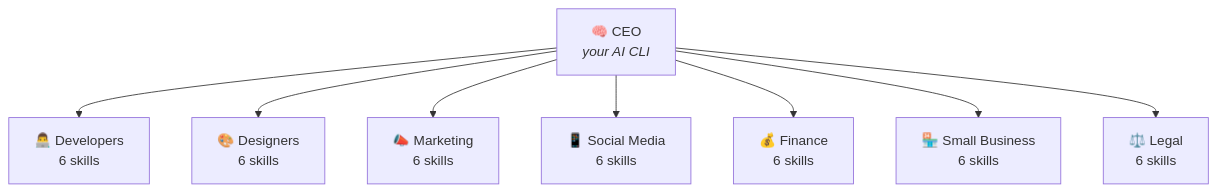
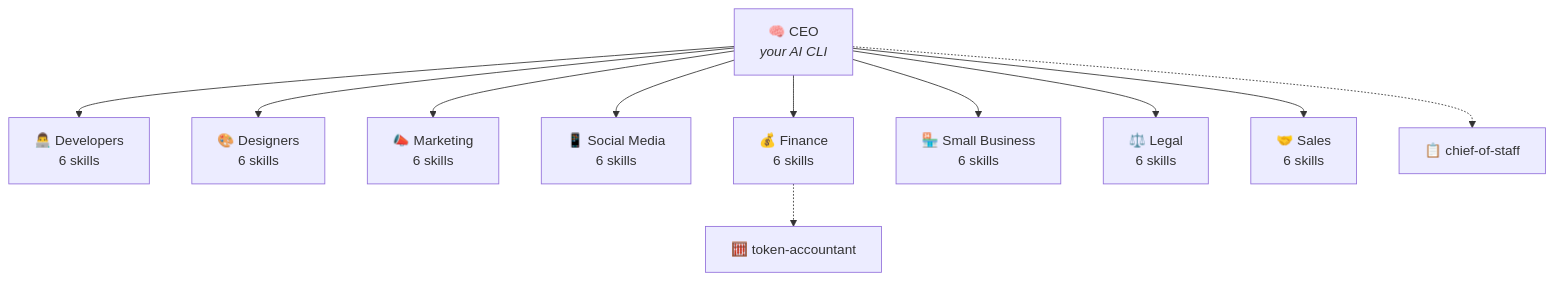
The diagram in README.md (alebgl77/claude-inc), drawn with Mermaid before and after one commit. The commit also changed other lines of this file and 17 other files, not shown here.

````diff
--- a/README.md
+++ b/README.md
@@ -33,11 +35,14 @@
 ```mermaid
 graph TD
     CEO["🧠 CEO<br/><i>your AI CLI</i>"]
     CEO --> DEV["👨‍💻 Developers<br/>6 skills"]
     CEO --> DES["🎨 Designers<br/>6 skills"]
     CEO --> MKT["📣 Marketing<br/>6 skills"]
     CEO --> SOC["📱 Social Media<br/>6 skills"]
     CEO --> FIN["💰 Finance<br/>6 skills"]
     CEO --> SMB["🏪 Small Business<br/>6 skills"]
     CEO --> LEG["⚖️ Legal<br/>6 skills"]
+    CEO --> SAL["🤝 Sales<br/>6 skills"]
+    CEO -.-> COS["📋 chief-of-staff"]
+    FIN -.-> TOK["🧮 token-accountant"]
 ```
````
